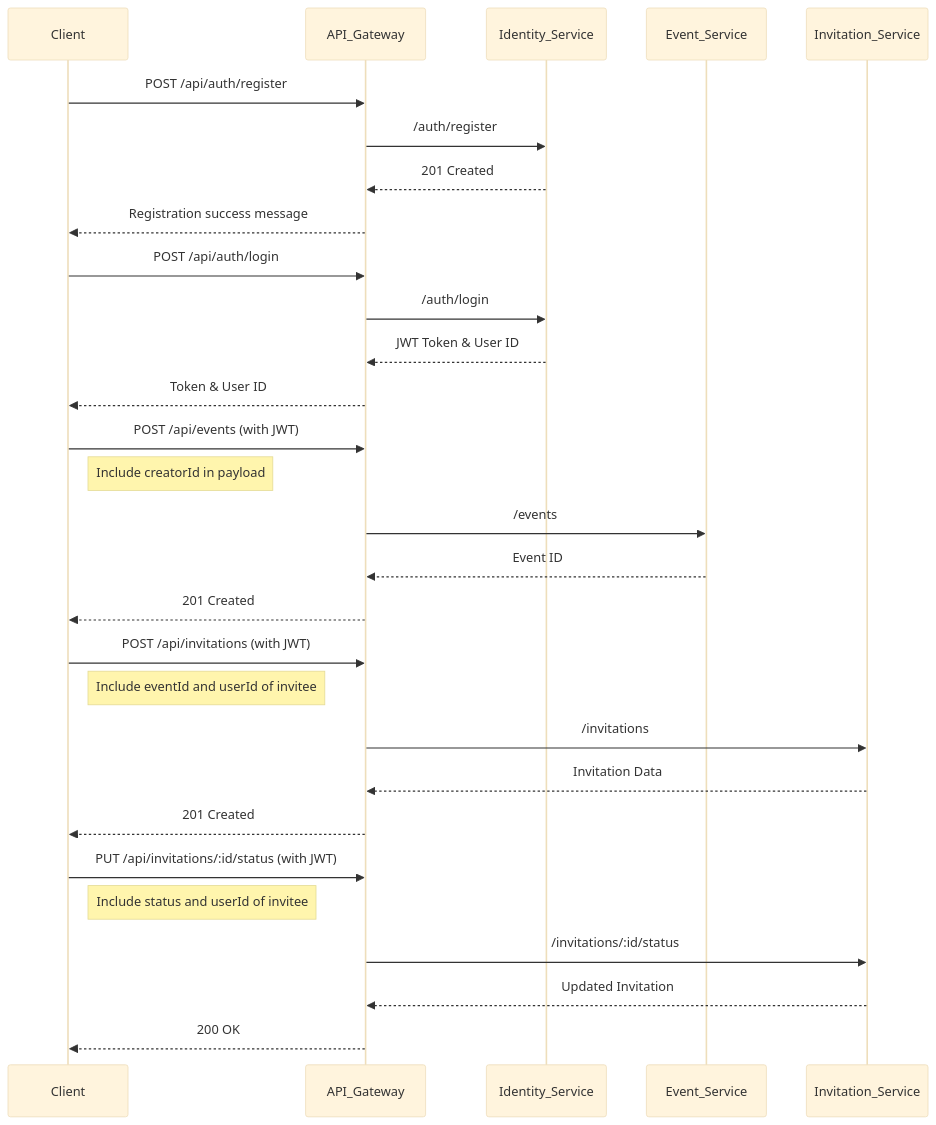
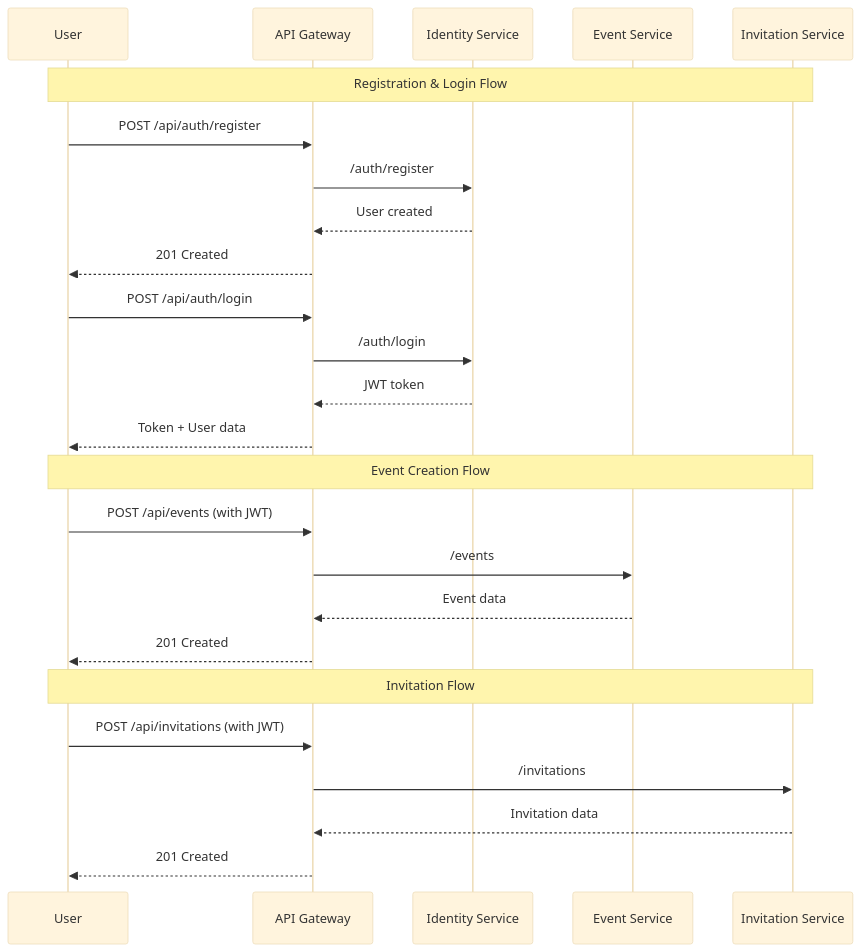
The second of 2 diagrams in README.md (eugenetedkim/olive-table), drawn with Mermaid (base theme) before and after one commit. The commit also changed other lines of this file, not shown here.

````diff
--- a/README.md
+++ b/README.md
@@ -360,41 +228,31 @@
 ```mermaid
 sequenceDiagram
-    participant Client
-    participant API_Gateway
-    participant Identity_Service
-    participant Event_Service
-    participant Invitation_Service
+    participant U as User
+    participant G as API Gateway
+    participant I as Identity Service
+    participant E as Event Service
+    participant V as Invitation Service
 
-    %% User Registration (now just creates user)
-    Client->>API_Gateway: POST /api/auth/register
-    API_Gateway->>Identity_Service: /auth/register
-    Identity_Service-->>API_Gateway: 201 Created
-    API_Gateway-->>Client: Registration success message
+    Note over U,V: Registration & Login Flow
+    U->>G: POST /api/auth/register
+    G->>I: /auth/register
+    I-->>G: User created
+    G-->>U: 201 Created
     
-    %% User Login (needed to get JWT)
-    Client->>API_Gateway: POST /api/auth/login
-    API_Gateway->>Identity_Service: /auth/login
-    Identity_Service-->>API_Gateway: JWT Token & User ID
-    API_Gateway-->>Client: Token & User ID
+    U->>G: POST /api/auth/login
+    G->>I: /auth/login
+    I-->>G: JWT token
+    G-->>U: Token + User data
+
+    Note over U,V: Event Creation Flow
+    U->>G: POST /api/events (with JWT)
+    G->>E: /events
+    E-->>G: Event data
+    G-->>U: 201 Created
     
-    %% Event Creation (requires authentication)
-    Client->>API_Gateway: POST /api/events (with JWT)
-    Note right of Client: Include creatorId in payload
-    API_Gateway->>Event_Service: /events
-    Event_Service-->>API_Gateway: Event ID
-    API_Gateway-->>Client: 201 Created
-    
-    %% Send Invitation (requires authentication)
-    Client->>API_Gateway: POST /api/invitations (with JWT)
-    Note right of Client: Include eventId and userId of invitee
-    API_Gateway->>Invitation_Service: /invitations
-    Invitation_Service-->>API_Gateway: Invitation Data
-    API_Gateway-->>Client: 201 Created
-    
-    %% Update RSVP Status (requires authentication)
-    Client->>API_Gateway: PUT /api/invitations/:id/status (with JWT)
-    Note right of Client: Include status and userId of invitee
-    API_Gateway->>Invitation_Service: /invitations/:id/status
-    Invitation_Service-->>API_Gateway: Updated Invitation
-    API_Gateway-->>Client: 200 OK
+    Note over U,V: Invitation Flow
+    U->>G: POST /api/invitations (with JWT)
+    G->>V: /invitations
+    V-->>G: Invitation data
+    G-->>U: 201 Created
 ```
````
